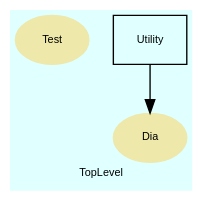
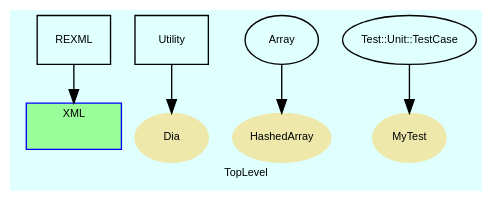
One commit to noda50/RubyItk changed the diagram in doc/dot/f_1.dot. Above: the diagram before and after it, drawn with Graphviz. The commit also changed 380 other files, not shown here.

```diff
--- a/doc/dot/f_1.dot
+++ b/doc/dot/f_1.dot
@@ -1,41 +1,94 @@
 digraph TopLevel {
     compound = true
     fontname = Arial
+    label = "TopLevel"
     bgcolor = lightcyan1
     fontsize = 8
-    label = "TopLevel"
     node [
         color = black,
         fontname = Arial,
         fontsize = 8
     ]
 
-    Test [
-        style = filled,
-        shape = ellipse,
-        color = palegoldenrod,
-        fontcolor = black,
-        URL = "classes/Test.html",
-        label = "Test"
+    subgraph cluster_XML {
+        color = blue
+        style = filled
+        URL = "classes/XML.html"
+        fontname = Arial
+        label = "XML"
+        fillcolor = palegreen1
+        XML [
+            shape = plaintext,
+            height = 0.01,
+            width = 0.75,
+            label = ""
+        ]
+
+    }
+
+    REXML [
+        URL = "classes/REXML.html",
+        shape = box,
+        label = "REXML"
+    ]
+
+    REXML -> XML [
+        lhead = cluster_XML
     ]
 
     Dia [
+        color = palegoldenrod,
         style = filled,
-        shape = ellipse,
-        color = palegoldenrod,
         fontcolor = black,
         URL = "classes/Dia.html",
+        shape = ellipse,
         label = "Dia"
     ]
 
+    HashedArray [
+        color = palegoldenrod,
+        style = filled,
+        fontcolor = black,
+        URL = "classes/HashedArray.html",
+        shape = ellipse,
+        label = "HashedArray"
+    ]
+
+    MyTest [
+        color = palegoldenrod,
+        style = filled,
+        fontcolor = black,
+        URL = "classes/MyTest.html",
+        shape = ellipse,
+        label = "MyTest"
+    ]
+
     Utility [
+        URL = "classes/Utility.html",
         shape = box,
-        URL = "classes/Utility.html",
         label = "Utility"
     ]
 
     Utility -> Dia [
 
     ]
 
+    Array [
+        URL = "classes/Array.html",
+        label = "Array"
+    ]
+
+    Array -> HashedArray [
+
+    ]
+
+    Test__Unit__TestCase [
+        URL = "classes/Test/Unit/TestCase.html",
+        label = "Test::Unit::TestCase"
+    ]
+
+    Test__Unit__TestCase -> MyTest [
+
+    ]
+
 }
```
